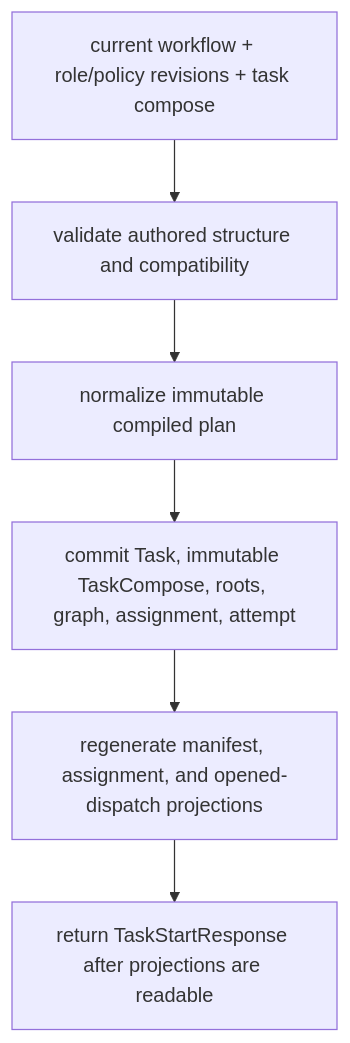
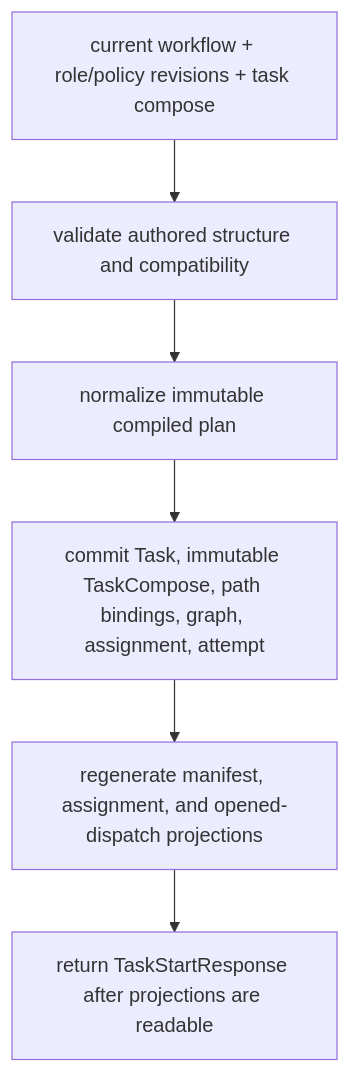
One commit to ringlochid/AutoClaw changed the diagram in docs-internal/design/v1/workflows/compiler-contract-and-launch-materialization.md. Above: the diagram before and after it, drawn with Mermaid. The commit also changed other lines of this file and 231 other files, not shown here.

````diff
--- a/docs-internal/design/v1/workflows/compiler-contract-and-launch-materialization.md
+++ b/docs-internal/design/v1/workflows/compiler-contract-and-launch-materialization.md
@@ -134,8 +134,8 @@
 ```mermaid
 flowchart TD
     A["current workflow + role/policy revisions + task compose"] --> B["validate authored structure and compatibility"]
     B --> C["normalize immutable compiled plan"]
-    C --> D["commit Task, immutable TaskCompose, roots, graph, assignment, attempt"]
+    C --> D["commit Task, immutable TaskCompose, path bindings, graph, assignment, attempt"]
     D --> E["regenerate manifest, assignment, and opened-dispatch projections"]
     E --> F["return TaskStartResponse after projections are readable"]
 ```
````
